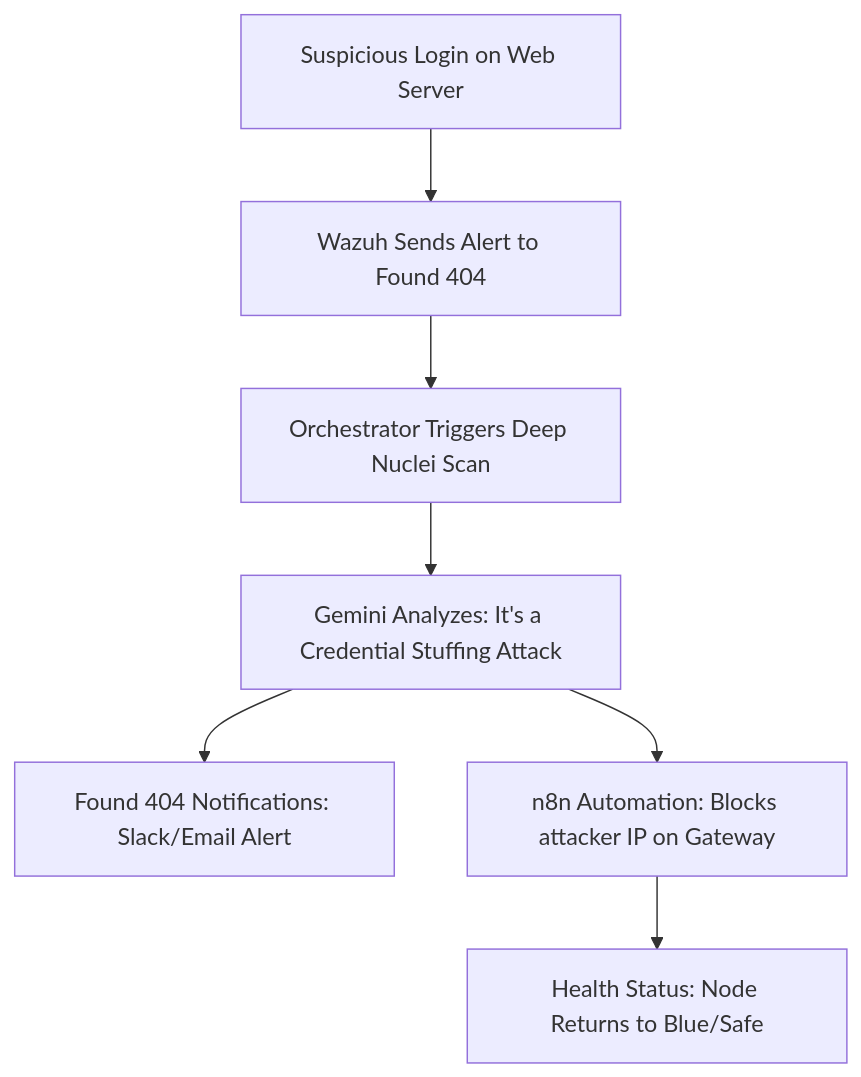
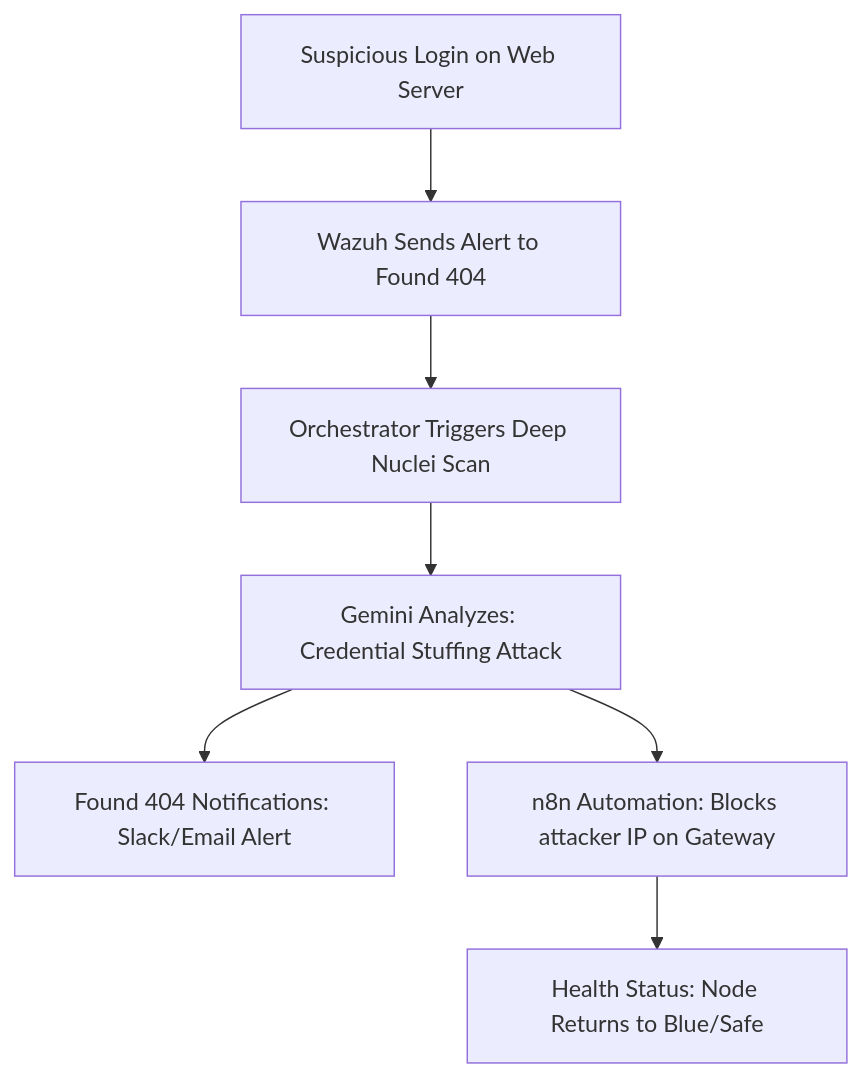
The fifth of 5 diagrams in FOUND_404_PRESENTATION.md (MazenAlaa305/ORCHESTRATION-SECURITY-CENTER), drawn with Mermaid before and after one commit. The commit also changed other lines of this file, not shown here.

Commit message:
fix: resolve mermaid rendering issues by quoting labels and updating syntax

````diff
--- a/FOUND_404_PRESENTATION.md
+++ b/FOUND_404_PRESENTATION.md
@@ -190,9 +190,9 @@
 ```mermaid
-graph TD
-    A[Suspicious Login on Web Server] --> B[Wazuh Sends Alert to Found 404]
-    B --> C[Orchestrator Triggers Deep Nuclei Scan]
-    C --> D[Gemini Analyzes: It's a Credential Stuffing Attack]
-    D --> E[Found 404 Notifications: Slack/Email Alert]
-    D --> F[n8n Automation: Blocks attacker IP on Gateway]
-    F --> G[Health Status: Node Returns to Blue/Safe]
+flowchart TD
+    A["Suspicious Login on Web Server"] --> B["Wazuh Sends Alert to Found 404"]
+    B --> C["Orchestrator Triggers Deep Nuclei Scan"]
+    C --> D["Gemini Analyzes: Credential Stuffing Attack"]
+    D --> E["Found 404 Notifications: Slack/Email Alert"]
+    D --> F["n8n Automation: Blocks attacker IP on Gateway"]
+    F --> G["Health Status: Node Returns to Blue/Safe"]
 ```
````
